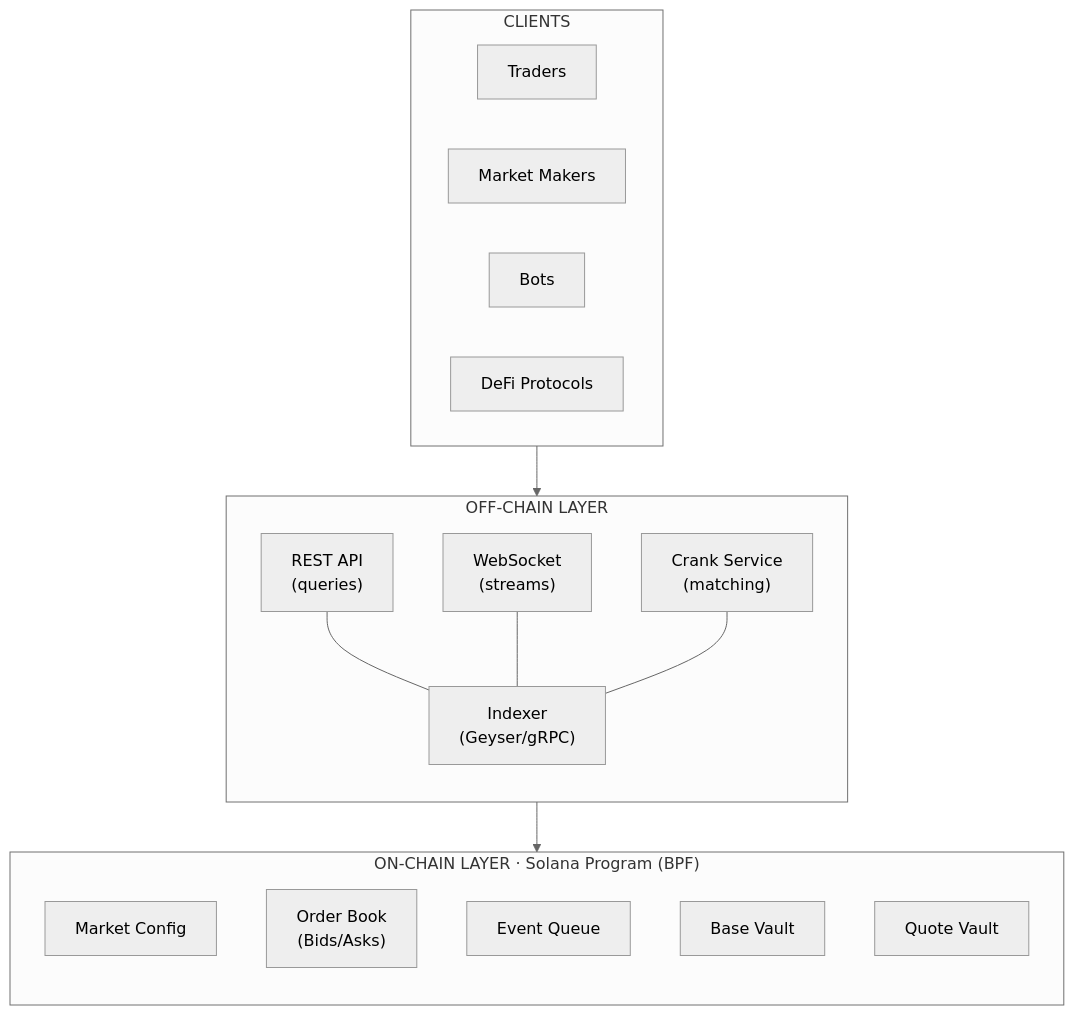
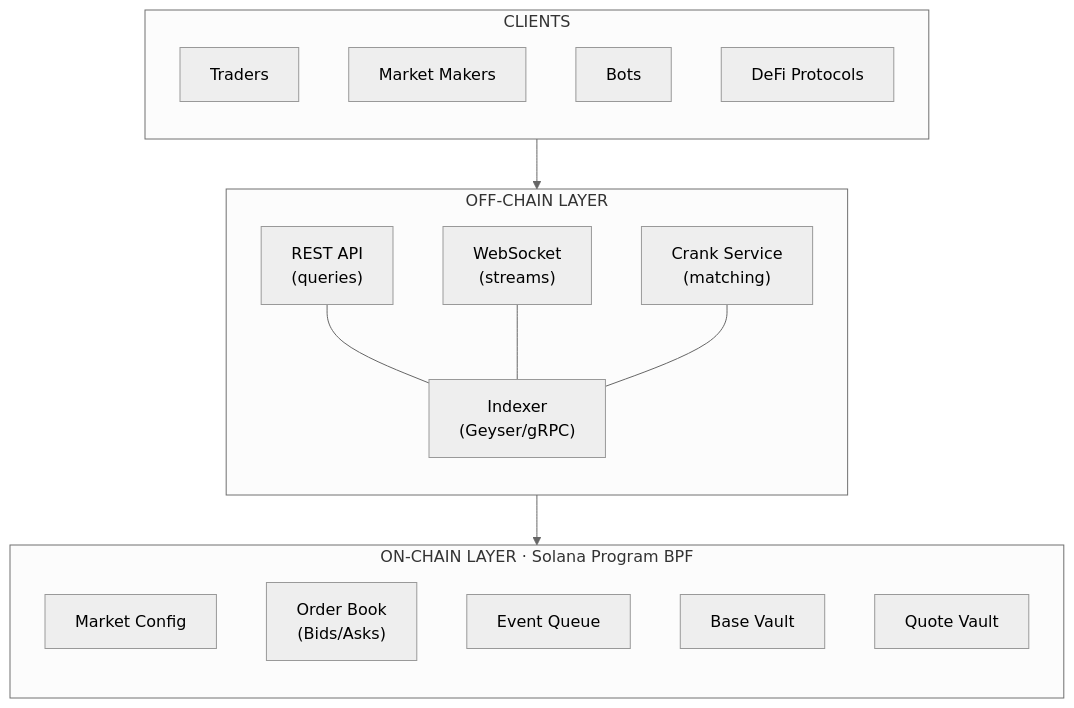
Before and after one commit to mandippal/matchbook: the diagram in README.md, drawn with Mermaid (neutral theme).

Commit message:
Update README: refine architecture diagram formatting and flow direction

````diff
--- a/README.md
+++ b/README.md
@@ -32,37 +32,37 @@
 ```mermaid
 flowchart TB
     subgraph CLIENTS["CLIENTS"]
-        direction LR
+        direction TB
         C1["Traders"]
         C2["Market Makers"]
         C3["Bots"]
         C4["DeFi Protocols"]
     end
 
     subgraph OFFCHAIN["OFF-CHAIN LAYER"]
         direction TB
 
-        REST["REST API\n(queries)"]
-        WS["WebSocket\n(streams)"]
-        CRANK["Crank Service\n(matching)"]
+        REST["REST API<br/>(queries)"]
+        WS["WebSocket<br/>(streams)"]
+        CRANK["Crank Service<br/>(matching)"]
 
-        INDEXER["Indexer\n(Geyser/gRPC)"]
+        INDEXER["Indexer<br/>(Geyser/gRPC)"]
 
         REST --- INDEXER
         WS --- INDEXER
         CRANK --- INDEXER
     end
 
-    subgraph ONCHAIN["ON-CHAIN LAYER · Solana Program (BPF)"]
+    subgraph ONCHAIN["ON-CHAIN LAYER · Solana Program BPF"]
         direction TB
 
         MARKET["Market Config"]
-        ORDERBOOK["Order Book\n(Bids/Asks)"]
+        ORDERBOOK["Order Book<br/>(Bids/Asks)"]
         EVENTS["Event Queue"]
         BASE["Base Vault"]
         QUOTE["Quote Vault"]
     end
 
     CLIENTS --> OFFCHAIN
     OFFCHAIN --> ONCHAIN
 ```
````
